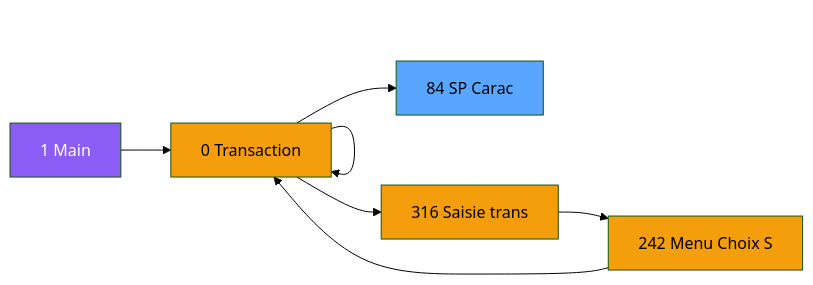
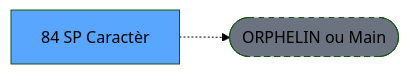
One commit to thonyAGP/lecteur-magic changed the second of 3 diagrams in .openspec/renders/ADH-IDE-84.md. Above: the diagram before and after it, drawn with Mermaid (forest theme). The commit also changed other lines of this file and 701 other files, not shown here.

````diff
--- a/.openspec/renders/ADH-IDE-84.md
+++ b/.openspec/renders/ADH-IDE-84.md
@@ -106,23 +117,8 @@
 ```mermaid
 graph LR
-    M[1 Main]
-    N0[0 Transaction ]
-    N0[0 Transaction ]
-    N316[316 Saisie trans]
-    N242[242 Menu Choix S]
-    N0[0 Transaction ]
-    T[84     SP Carac]
-    M --> N0
-    N0 --> N0
-    N0 --> N316
-    N316 --> N242
-    N242 --> N0
-    N0 --> T
-    style M fill:#8b5cf6,color:#fff
-    style N0 fill:#f59e0b
-    style N0 fill:#f59e0b
-    style N316 fill:#f59e0b
-    style N242 fill:#f59e0b
-    style N0 fill:#f59e0b
+    T[84     SP Caractèr]
+    ORPHAN([ORPHELIN ou Main])
+    T -.-> ORPHAN
     style T fill:#58a6ff,color:#000
+    style ORPHAN fill:#6b7280,stroke-dasharray: 5 5
 ```
````
